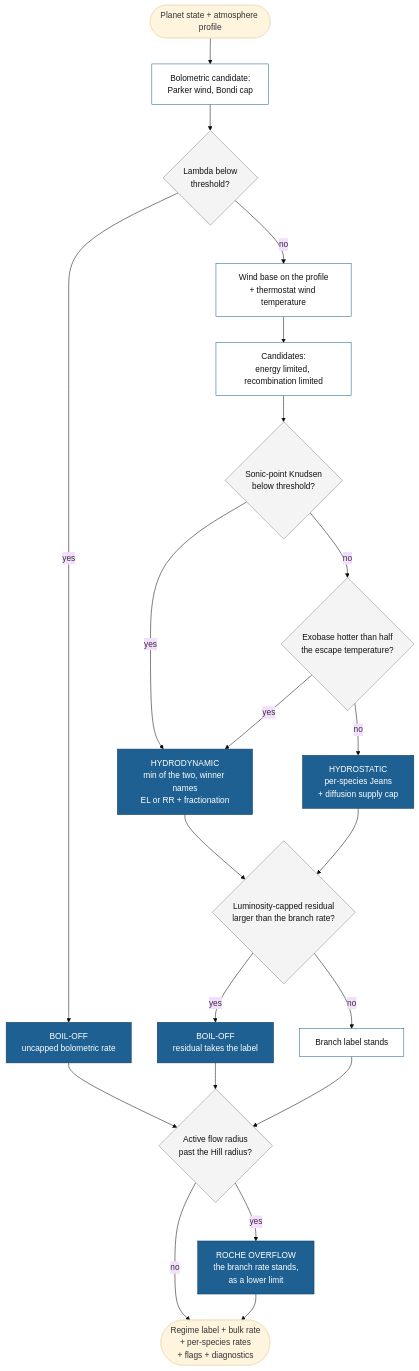
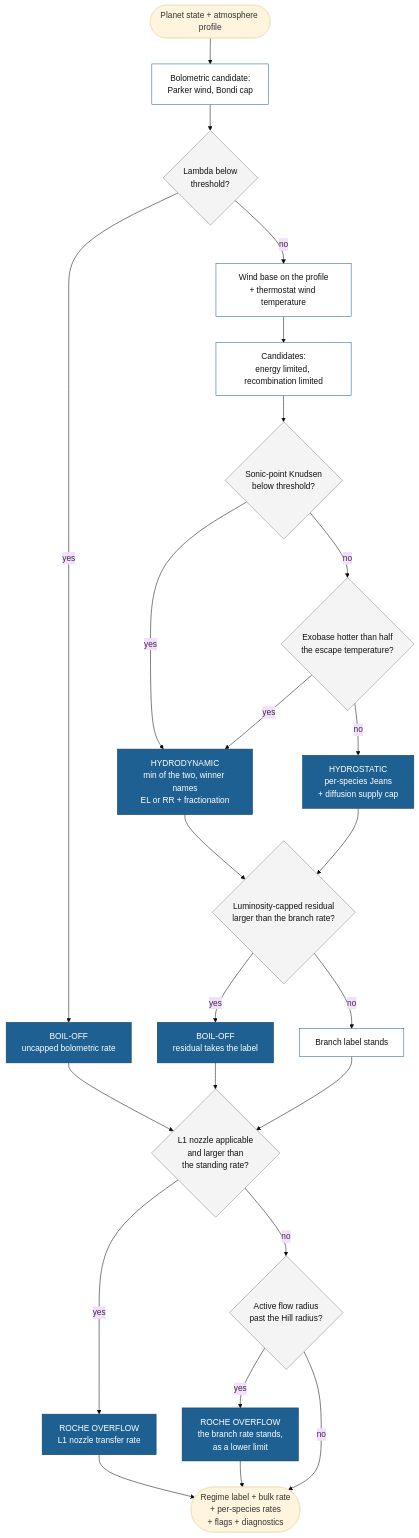
Before and after one commit to FormingWorlds/ZEPHYRUS: the diagram in docs/Explanations/regimes.md, drawn with Mermaid (base theme). The commit also changed other lines of this file and 5 other files, not shown here.

````diff
--- a/docs/Explanations/regimes.md
+++ b/docs/Explanations/regimes.md
@@ -16,29 +16,32 @@
 ```mermaid
 flowchart TD
     IN(["Planet state + atmosphere profile"]) --> BOLO["Bolometric candidate:<br/>Parker wind, Bondi cap"]
     BOLO --> Q1{"Lambda below<br/>threshold?"}
     Q1 -- yes --> BO["BOIL-OFF<br/>uncapped bolometric rate"]
     Q1 -- no --> BASE["Wind base on the profile<br/>+ thermostat wind temperature"]
     BASE --> HYD["Candidates:<br/>energy limited, recombination limited"]
     HYD --> Q2{"Sonic-point Knudsen<br/>below threshold?"}
     Q2 -- yes --> HD["HYDRODYNAMIC<br/>min of the two, winner names<br/>EL or RR + fractionation"]
     Q2 -- no --> Q3{"Exobase hotter than half<br/>the escape temperature?"}
     Q3 -- yes --> HD
     Q3 -- no --> HS["HYDROSTATIC<br/>per-species Jeans<br/>+ diffusion supply cap"]
-    BO --> Q5
+    BO --> QN
     HD --> Q4{"Luminosity-capped residual<br/>larger than the branch rate?"}
     HS --> Q4
     Q4 -- yes --> BO2["BOIL-OFF<br/>residual takes the label"]
     Q4 -- no --> KEEP["Branch label stands"]
-    BO2 --> Q5{"Active flow radius<br/>past the Hill radius?"}
-    KEEP --> Q5
+    BO2 --> QN{"L1 nozzle applicable<br/>and larger than<br/>the standing rate?"}
+    KEEP --> QN
+    QN -- yes --> RN["ROCHE OVERFLOW<br/>L1 nozzle transfer rate"]
+    QN -- no --> Q5{"Active flow radius<br/>past the Hill radius?"}
     Q5 -- yes --> RO["ROCHE OVERFLOW<br/>the branch rate stands,<br/>as a lower limit"]
     Q5 -- no --> OUT(["Regime label + bulk rate<br/>+ per-species rates<br/>+ flags + diagnostics"])
+    RN --> OUT
     RO --> OUT
     classDef regime fill:#1e6091,stroke:#0f3a5c,color:#ffffff
     classDef decision fill:#f4f4f4,stroke:#888888,color:#111111
     classDef stage fill:#ffffff,stroke:#1e6091,color:#111111
-    class BO,BO2,HD,HS,RO regime
-    class Q1,Q2,Q3,Q4,Q5 decision
+    class BO,BO2,HD,HS,RN,RO regime
+    class Q1,Q2,Q3,Q4,QN,Q5 decision
     class BOLO,BASE,HYD,KEEP stage
 ```
````
